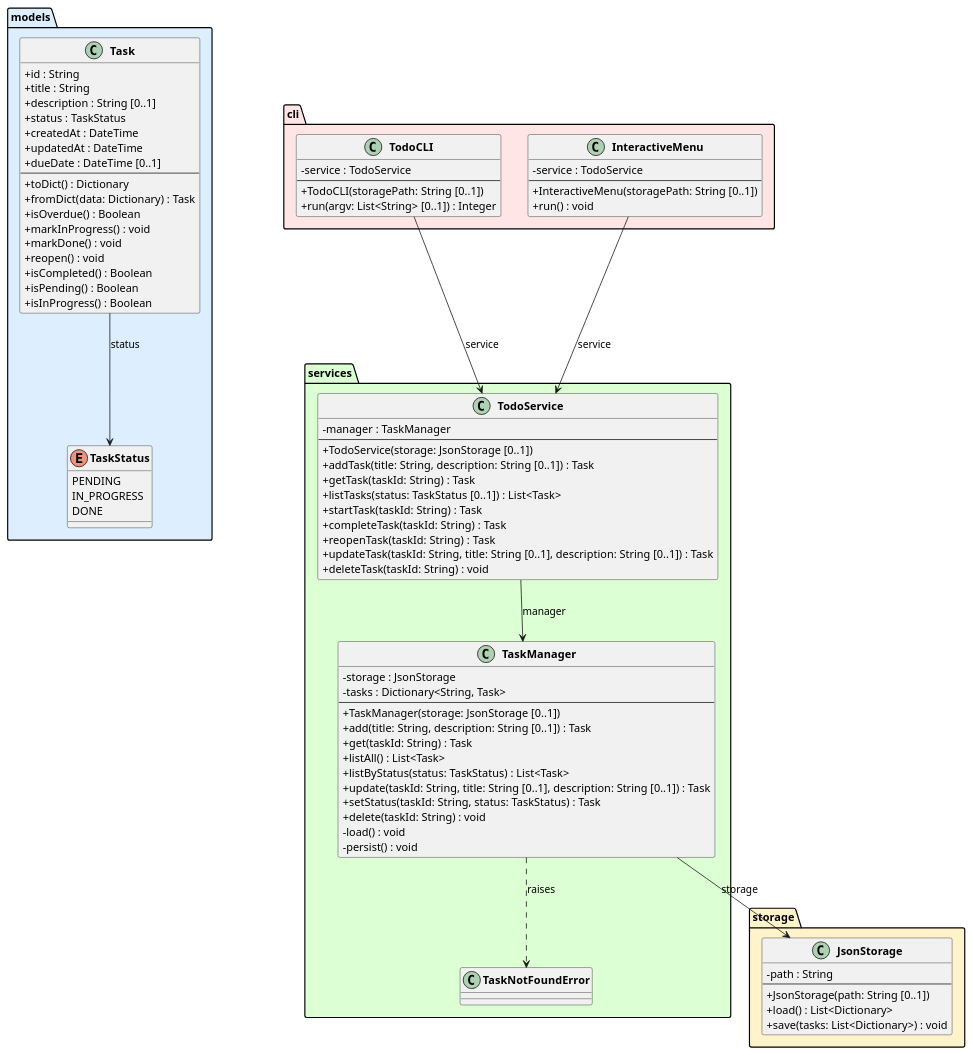
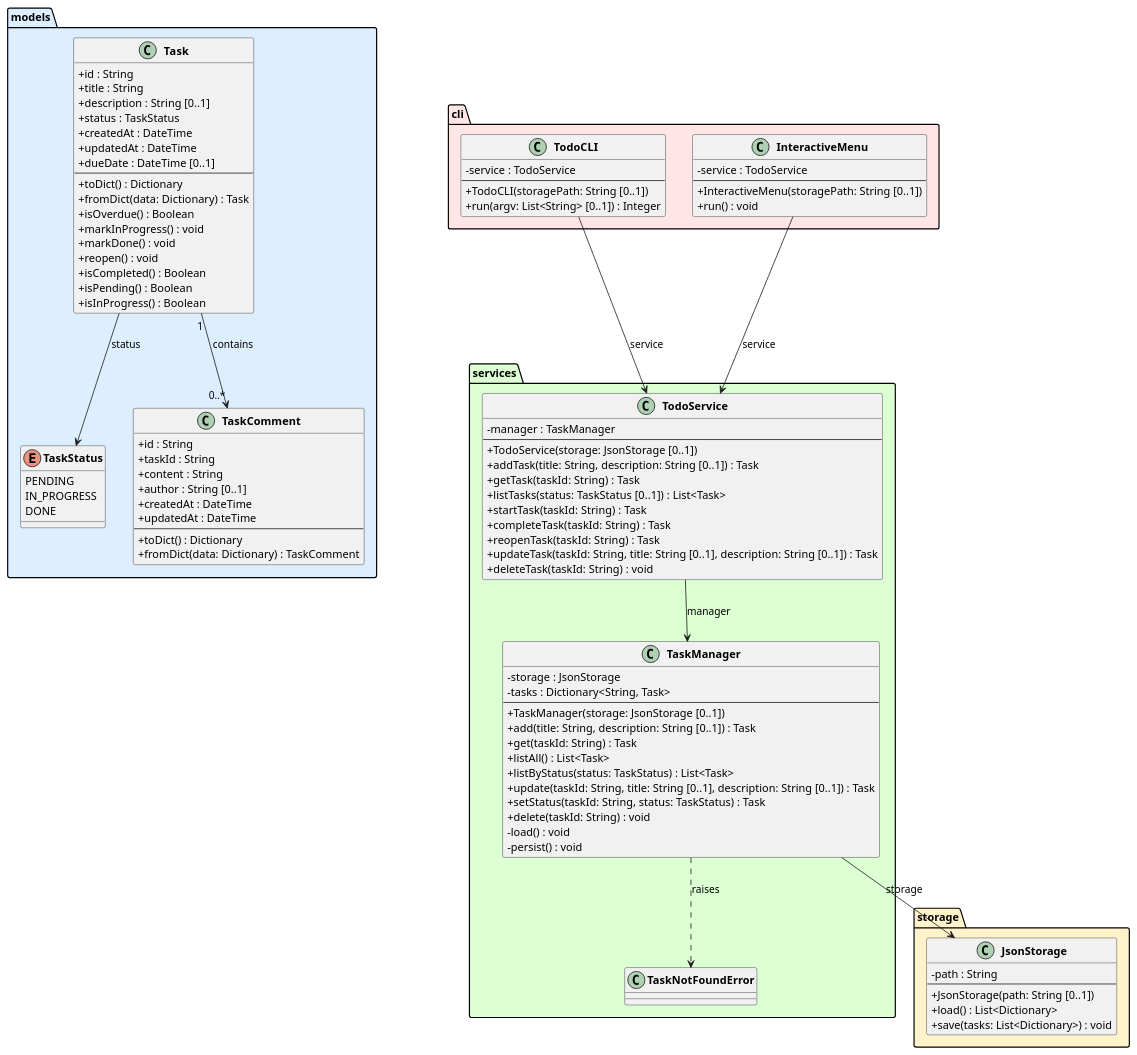
One commit to DanielRiha8906/Software_autoevolution_using_agents changed the diagram in experiments/broadcast/structured_text/TODO/artifacts/class_diagram.puml. Above: the diagram before and after it, drawn with PlantUML. The commit also changed 1 other file, not shown here.

Commit message:
task 03: update diagrams for TaskComment class
Added TaskComment domain class to class diagram with attributes (id, taskId, content, author, createdAt, updatedAt) and methods (toDict, fromDict). Included one-to-many relationship between Task and TaskComment. Updated component diagram to reflect TaskComment in the Domain Model package.

```diff
--- a/experiments/broadcast/structured_text/TODO/artifacts/class_diagram.puml
+++ b/experiments/broadcast/structured_text/TODO/artifacts/class_diagram.puml
@@ -1,102 +1,115 @@
 @startuml class_diagram
 
 skinparam classAttributeIconSize 0
 skinparam classFontStyle bold
 
 package "models" #DDEEFF {
     enum TaskStatus {
         PENDING
         IN_PROGRESS
         DONE
     }
 
     class Task {
         +id : String
         +title : String
         +description : String [0..1]
         +status : TaskStatus
         +createdAt : DateTime
         +updatedAt : DateTime
         +dueDate : DateTime [0..1]
         --
         +toDict() : Dictionary
         +fromDict(data: Dictionary) : Task
         +isOverdue() : Boolean
         +markInProgress() : void
         +markDone() : void
         +reopen() : void
         +isCompleted() : Boolean
         +isPending() : Boolean
         +isInProgress() : Boolean
+    }
+
+    class TaskComment {
+        +id : String
+        +taskId : String
+        +content : String
+        +author : String [0..1]
+        +createdAt : DateTime
+        +updatedAt : DateTime
+        --
+        +toDict() : Dictionary
+        +fromDict(data: Dictionary) : TaskComment
     }
 }
 
 package "storage" #FFF3CC {
     class JsonStorage {
         -path : String
         --
         +JsonStorage(path: String [0..1])
         +load() : List<Dictionary>
         +save(tasks: List<Dictionary>) : void
     }
 }
 
 package "services" #DDFFD4 {
     class TaskNotFoundError {
     }
 
     class TaskManager {
         -storage : JsonStorage
         -tasks : Dictionary<String, Task>
         --
         +TaskManager(storage: JsonStorage [0..1])
         +add(title: String, description: String [0..1]) : Task
         +get(taskId: String) : Task
         +listAll() : List<Task>
         +listByStatus(status: TaskStatus) : List<Task>
         +update(taskId: String, title: String [0..1], description: String [0..1]) : Task
         +setStatus(taskId: String, status: TaskStatus) : Task
         +delete(taskId: String) : void
         -load() : void
         -persist() : void
     }
 
     class TodoService {
         -manager : TaskManager
         --
         +TodoService(storage: JsonStorage [0..1])
         +addTask(title: String, description: String [0..1]) : Task
         +getTask(taskId: String) : Task
         +listTasks(status: TaskStatus [0..1]) : List<Task>
         +startTask(taskId: String) : Task
         +completeTask(taskId: String) : Task
         +reopenTask(taskId: String) : Task
         +updateTask(taskId: String, title: String [0..1], description: String [0..1]) : Task
         +deleteTask(taskId: String) : void
     }
 }
 
 package "cli" #FFE5E5 {
     class TodoCLI {
         -service : TodoService
         --
         +TodoCLI(storagePath: String [0..1])
         +run(argv: List<String> [0..1]) : Integer
     }
 
     class InteractiveMenu {
         -service : TodoService
         --
         +InteractiveMenu(storagePath: String [0..1])
         +run() : void
     }
 }
 
 Task --> TaskStatus : status
+Task "1" --> "0..*" TaskComment : contains
 TaskManager --> JsonStorage : storage
 TaskManager ..> TaskNotFoundError : raises
 TodoService --> TaskManager : manager
 TodoCLI --> TodoService : service
 InteractiveMenu --> TodoService : service
 
 @enduml
```
